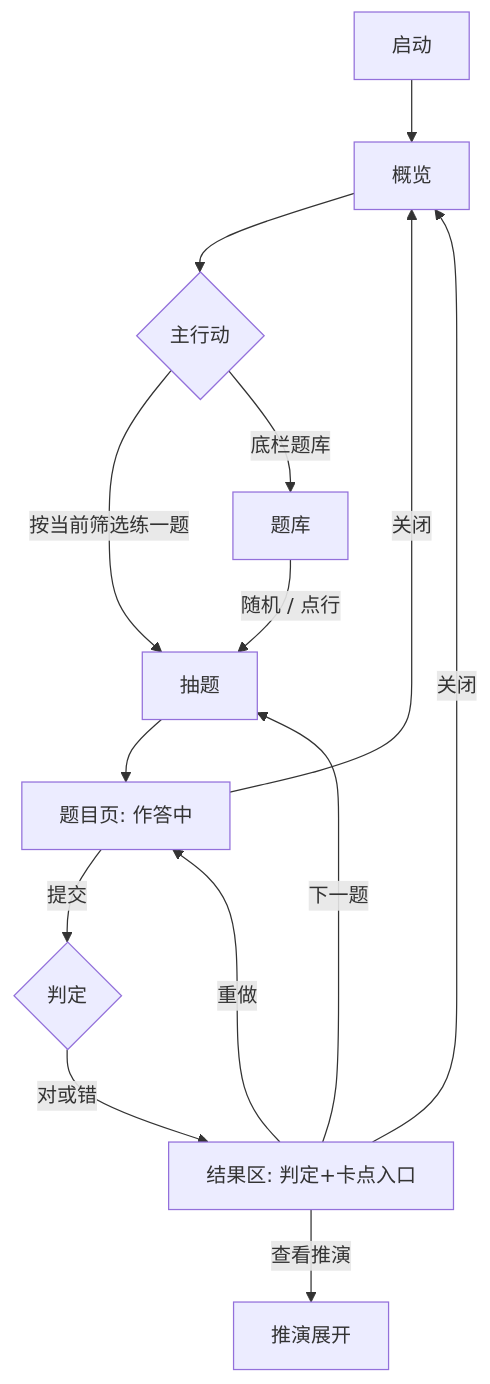
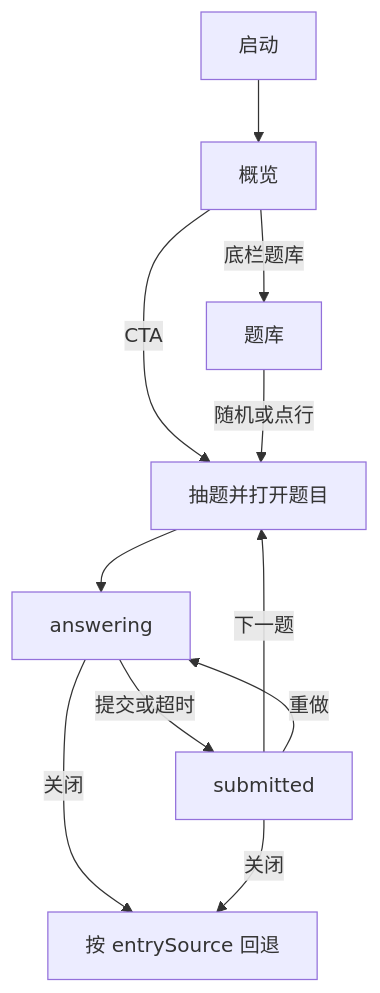
The first of 3 diagrams in docs/2.0/交互设计文档.md (xbtshady/p7), drawn with Mermaid before and after one commit. The commit also changed other lines of this file and 4 other files, not shown here.

````diff
--- a/docs/2.0/交互设计文档.md
+++ b/docs/2.0/交互设计文档.md
@@ -94,16 +137,13 @@
 ```mermaid
 flowchart TD
   A[启动] --> B[概览]
-  B --> C{主行动}
-  C -->|按当前筛选练一题| D[抽题]
-  C -->|底栏题库| E[题库]
-  E -->|随机 / 点行| D
-  D --> F[题目页: 作答中]
-  F -->|关闭| B
-  F -->|提交| G{判定}
-  G -->|对或错| H[结果区: 判定+卡点入口]
-  H -->|查看推演| I[推演展开]
+  B -->|CTA| D[抽题并打开题目]
+  B -->|底栏题库| E[题库]
+  E -->|随机或点行| D
+  D --> F[answering]
+  F -->|提交或超时| H[submitted]
   H -->|下一题| D
   H -->|重做| F
-  H -->|关闭| B
+  F -->|关闭| X[按 entrySource 回退]
+  H -->|关闭| X
 ```
````
